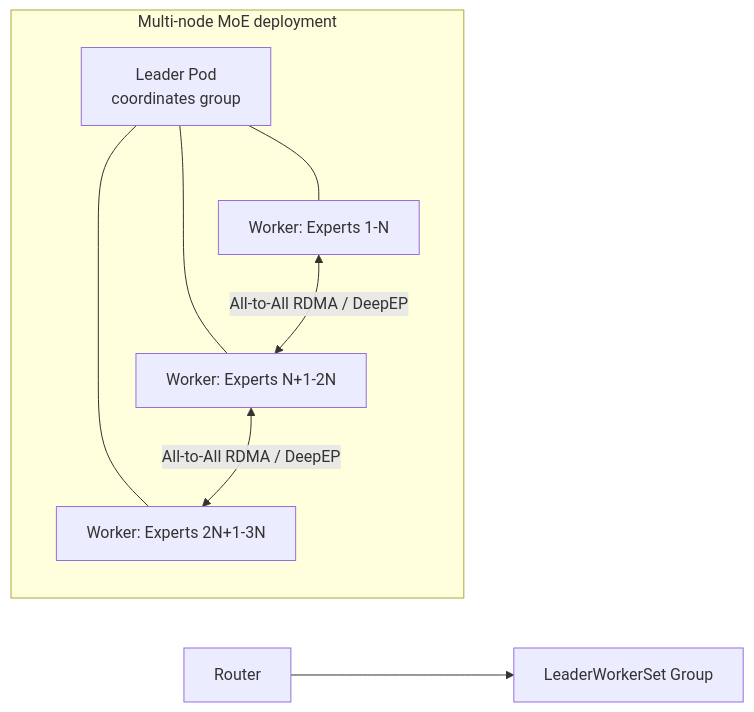
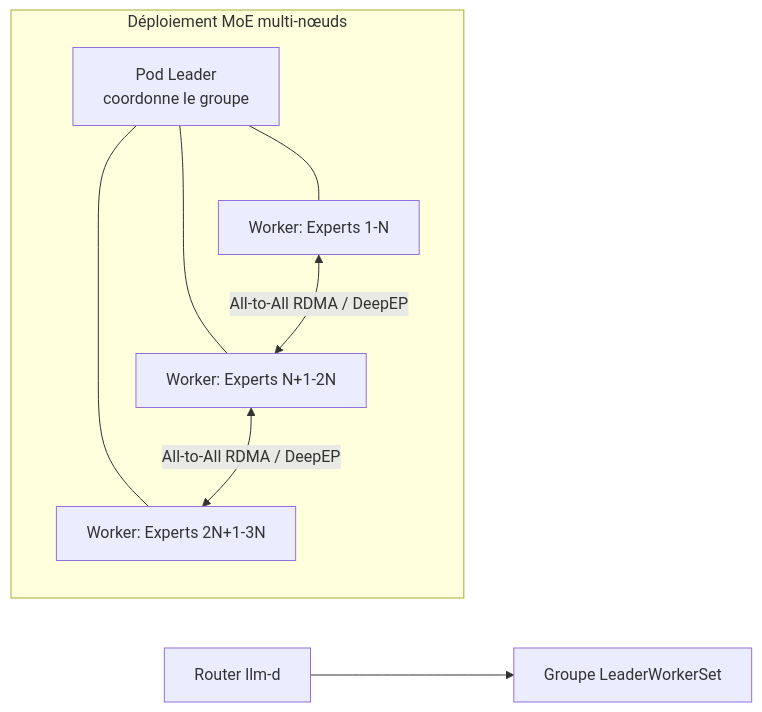
Diagram 18 of 26 in docs/explain/llm-d.md (ADORSYS-GIS/Custom-Ai-Ops), drawn with Mermaid before and after one commit. The commit also changed other lines of this file and 39 other files, not shown here.

````diff
--- a/docs/explain/llm-d.md
+++ b/docs/explain/llm-d.md
@@ -271,15 +693,15 @@
 ```mermaid
 flowchart LR
-    Router --> LWS[LeaderWorkerSet Group]
-    subgraph LWS_Group["Multi-node MoE deployment"]
-        Leader[Leader Pod<br/>coordinates group]
-        W1[Worker: Experts 1-N]
-        W2[Worker: Experts N+1-2N]
-        W3[Worker: Experts 2N+1-3N]
-        Leader --- W1
-        Leader --- W2
-        Leader --- W3
-        W1 <-->|All-to-All RDMA / DeepEP| W2
-        W2 <-->|All-to-All RDMA / DeepEP| W3
+    Router4[Router llm-d] --> LWS4[Groupe LeaderWorkerSet]
+    subgraph LWSGroup["Déploiement MoE multi-nœuds"]
+        Leader4[Pod Leader<br/>coordonne le groupe]
+        W1_4[Worker: Experts 1-N]
+        W2_4[Worker: Experts N+1-2N]
+        W3_4[Worker: Experts 2N+1-3N]
+        Leader4 --- W1_4
+        Leader4 --- W2_4
+        Leader4 --- W3_4
+        W1_4 <-->|All-to-All RDMA / DeepEP| W2_4
+        W2_4 <-->|All-to-All RDMA / DeepEP| W3_4
     end
 ```
````
